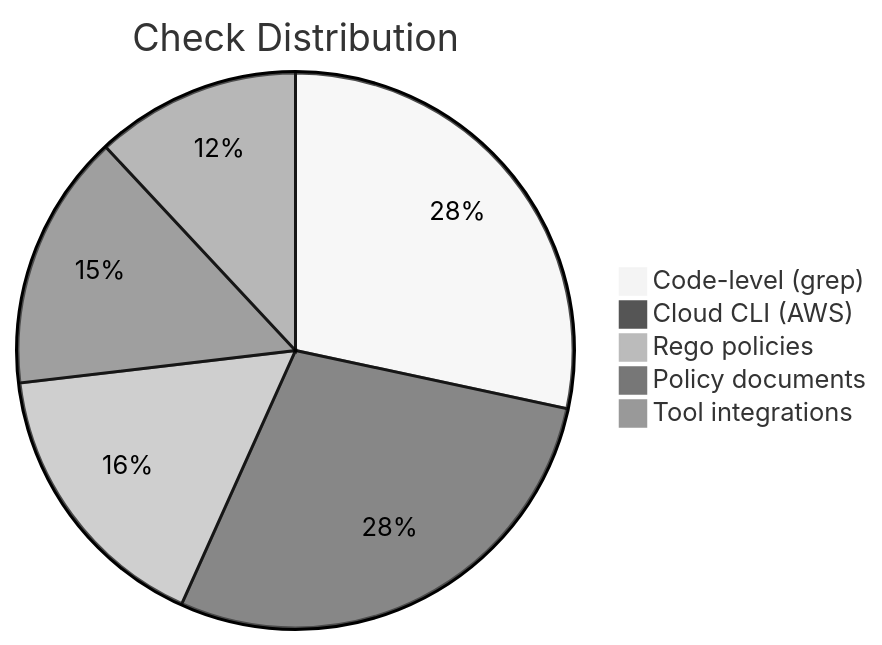
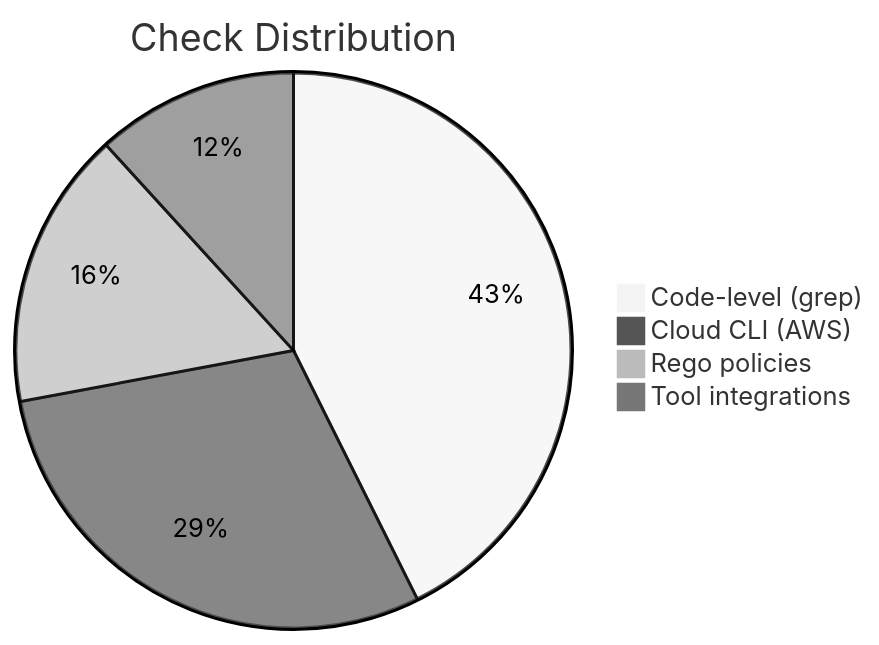
The fourth of 5 diagrams in README.md (aanishs/em-dash), drawn with Mermaid (neutral theme) before and after one commit. The commit also changed other lines of this file and 2 other files, not shown here.

First line of the commit message:
docs: accurate counts, founder-facing diagrams, CIS Benchmark role clarified

````diff
--- a/README.md
+++ b/README.md
@@ -190,8 +205,7 @@
 ```mermaid
 pie title Check Distribution
-    "Code-level (grep)" : 19
-    "Cloud CLI (AWS)" : 19
+    "Code-level (grep)" : 29
+    "Cloud CLI (AWS)" : 20
     "Rego policies" : 11
-    "Policy documents" : 10
     "Tool integrations" : 8
 ```
````
